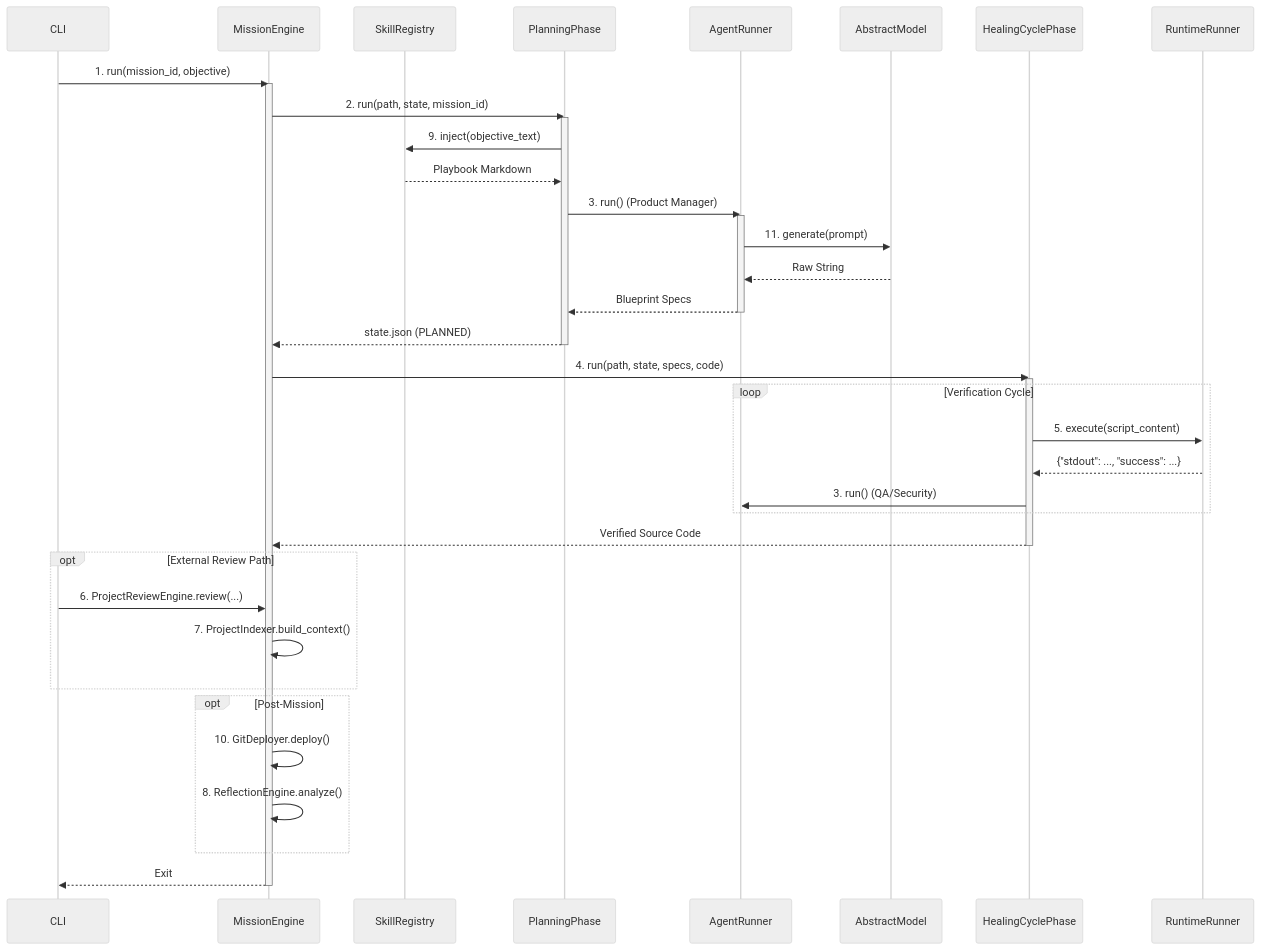
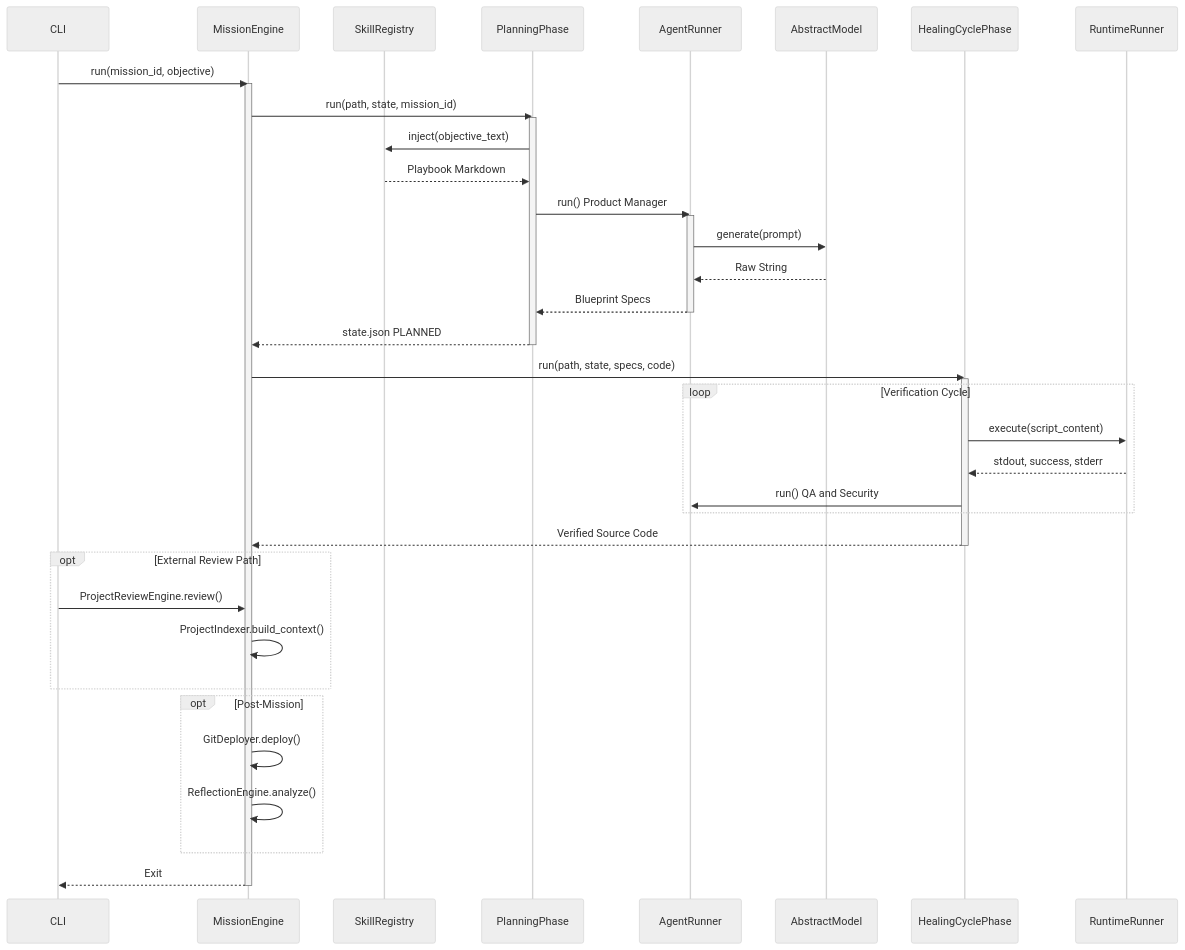
The second of 2 diagrams in technical_documents/WHITE_PAPER.md (shalin-rahman/Synapticity), drawn with Mermaid (neutral theme) before and after one commit. The commit also changed other lines of this file and 7 other files, not shown here.

````diff
--- a/technical_documents/WHITE_PAPER.md
+++ b/technical_documents/WHITE_PAPER.md
@@ -47,50 +48,50 @@
 ```mermaid
 sequenceDiagram
     participant CLI
     participant ME as MissionEngine
     participant SR as SkillRegistry
     participant PP as PlanningPhase
     participant AR as AgentRunner
     participant LLM as AbstractModel
     participant HCP as HealingCyclePhase
     participant RR as RuntimeRunner
 
-    CLI->>ME: 1. run(mission_id, objective)
+    CLI->>ME: run(mission_id, objective)
     activate ME
     
-    ME->>PP: 2. run(path, state, mission_id)
+    ME->>PP: run(path, state, mission_id)
     activate PP
-    PP->>SR: 9. inject(objective_text)
+    PP->>SR: inject(objective_text)
     SR-->>PP: Playbook Markdown
-    PP->>AR: 3. run() (Product Manager)
+    PP->>AR: run() Product Manager
     activate AR
-    AR->>LLM: 11. generate(prompt)
+    AR->>LLM: generate(prompt)
     LLM-->>AR: Raw String
     AR-->>PP: Blueprint Specs
     deactivate AR
-    PP-->>ME: state.json (PLANNED)
+    PP-->>ME: state.json PLANNED
     deactivate PP
 
-    ME->>HCP: 4. run(path, state, specs, code)
+    ME->>HCP: run(path, state, specs, code)
     activate HCP
     loop Verification Cycle
-        HCP->>RR: 5. execute(script_content)
-        RR-->>HCP: {"stdout": ..., "success": ...}
-        HCP->>AR: 3. run() (QA/Security)
+        HCP->>RR: execute(script_content)
+        RR-->>HCP: stdout, success, stderr
+        HCP->>AR: run() QA and Security
     end
     HCP-->>ME: Verified Source Code
     deactivate HCP
     
     opt External Review Path
-        CLI->>ME: 6. ProjectReviewEngine.review(...)
-        ME->>ME: 7. ProjectIndexer.build_context()
+        CLI->>ME: ProjectReviewEngine.review()
+        ME->>ME: ProjectIndexer.build_context()
     end
 
     opt Post-Mission
-        ME->>ME: 10. GitDeployer.deploy()
-        ME->>ME: 8. ReflectionEngine.analyze()
+        ME->>ME: GitDeployer.deploy()
+        ME->>ME: ReflectionEngine.analyze()
     end
     
     ME-->>CLI: Exit
     deactivate ME
 ```
````
